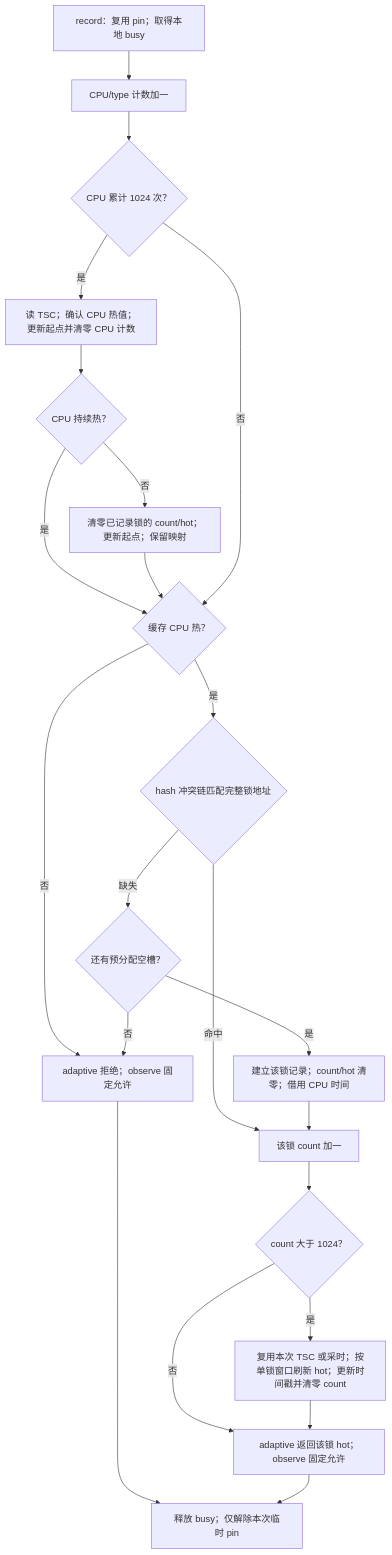
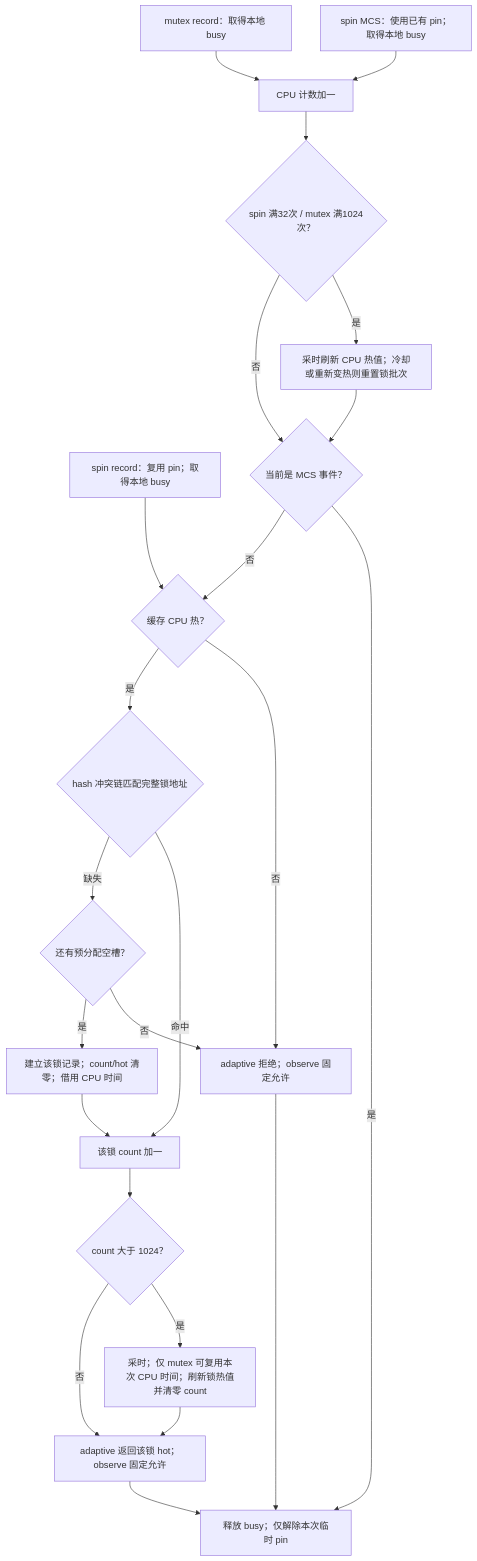
The first of 3 diagrams in bench/spin_cacheline/EXECUTION_PATHS.md (hailongeric/kdlock), drawn with Mermaid before and after one commit. The commit also changed other lines of this file and 19 other files, not shown here.

First line of the commit message:
spin: sample CPU heat every 32 MCS enqueues

````diff
--- a/bench/spin_cacheline/EXECUTION_PATHS.md
+++ b/bench/spin_cacheline/EXECUTION_PATHS.md
@@ -315,24 +319,25 @@
 ```mermaid
 flowchart TD
-  A[record：复用 pin；取得本地 busy] --> B[CPU/type 计数加一]
-  B --> C{CPU 累计 1024 次？}
-  C -- 是 --> D[读 TSC；确认 CPU 热值；更新起点并清零 CPU 计数]
-  D --> E{CPU 持续热？}
-  E -- 否 --> F[清零已记录锁的 count/hot；更新起点；保留映射]
-  E -- 是 --> G{缓存 CPU 热？}
-  F --> G
-  C -- 否 --> G
+  A[spin record：复用 pin；取得本地 busy] --> G{缓存 CPU 热？}
+  S[spin MCS：使用已有 pin；取得本地 busy] --> B[CPU 计数加一]
+  T[mutex record：取得本地 busy] --> B
+  B --> C{spin 满32次 / mutex 满1024次？}
+  C -- 是 --> D[采时刷新 CPU 热值；冷却或重新变热则重置锁批次]
+  D --> E{当前是 MCS 事件？}
+  C -- 否 --> E
+  E -- 是 --> Z[释放 busy；仅解除本次临时 pin]
+  E -- 否 --> G
   G -- 否 --> R[adaptive 拒绝；observe 固定允许]
   G -- 是 --> H{hash 冲突链匹配完整锁地址}
   H -- 命中 --> I[该锁 count 加一]
   H -- 缺失 --> J{还有预分配空槽？}
   J -- 否 --> R
   J -- 是 --> K[建立该锁记录；count/hot 清零；借用 CPU 时间]
   K --> I
   I --> L{count 大于 1024？}
-  L -- 是 --> M[复用本次 TSC 或采时；按单锁窗口刷新 hot；更新时间戳并清零 count]
+  L -- 是 --> M[采时；仅 mutex 可复用本次 CPU 时间；刷新锁热值并清零 count]
   L -- 否 --> N[adaptive 返回该锁 hot；observe 固定允许]
   M --> N
-  R --> Z[释放 busy；仅解除本次临时 pin]
+  R --> Z
   N --> Z
 ```
````
